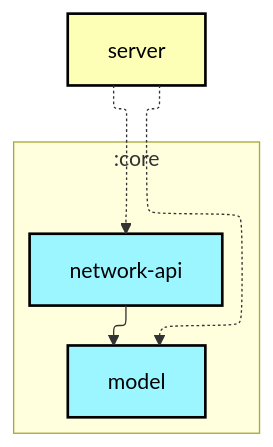
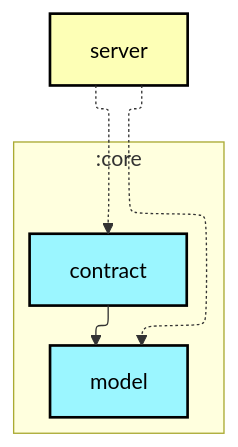
Before and after one commit to woods-marshes/chat-multiplatform: the first of 2 diagrams in server/README.md, drawn with Mermaid. The commit also changed 58 other files, not shown here.

Commit message:
build: rename core:network-api module to core:contract

````diff
--- a/server/README.md
+++ b/server/README.md
@@ -6,26 +6,26 @@
 ```mermaid
 ---
 config:
   layout: elk
   elk:
     nodePlacementStrategy: SIMPLE
 ---
 graph TB
   subgraph :core
     direction TB
+    :core:contract[contract]:::kotlin-multiplatform
     :core:model[model]:::kotlin-multiplatform
-    :core:network-api[network-api]:::kotlin-multiplatform
   end
   :server[server]:::ktor-server
 
-  :core:network-api --> :core:model
+  :core:contract --> :core:model
+  :server -.-> :core:contract
   :server -.-> :core:model
-  :server -.-> :core:network-api
 
 classDef android-application fill:#CAFFBF,stroke:#000,stroke-width:2px,color:#000;
 classDef desktop-application fill:#BDB2FF,stroke:#000,stroke-width:2px,color:#000;
 classDef compose-multiplatform fill:#FFD6A5,stroke:#000,stroke-width:2px,color:#000;
 classDef ktor-server fill:#FDFFB6,stroke:#000,stroke-width:2px,color:#000;
 classDef kotlin-multiplatform fill:#9BF6FF,stroke:#000,stroke-width:2px,color:#000;
 classDef unknown fill:#FFADAD,stroke:#000,stroke-width:2px,color:#000;
 ```
````
